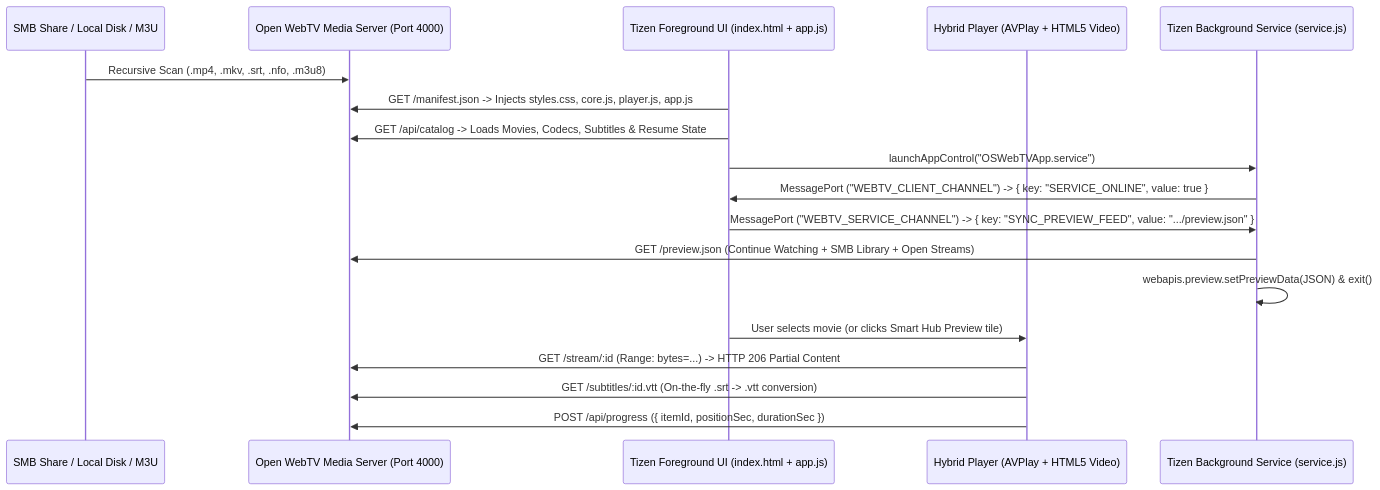
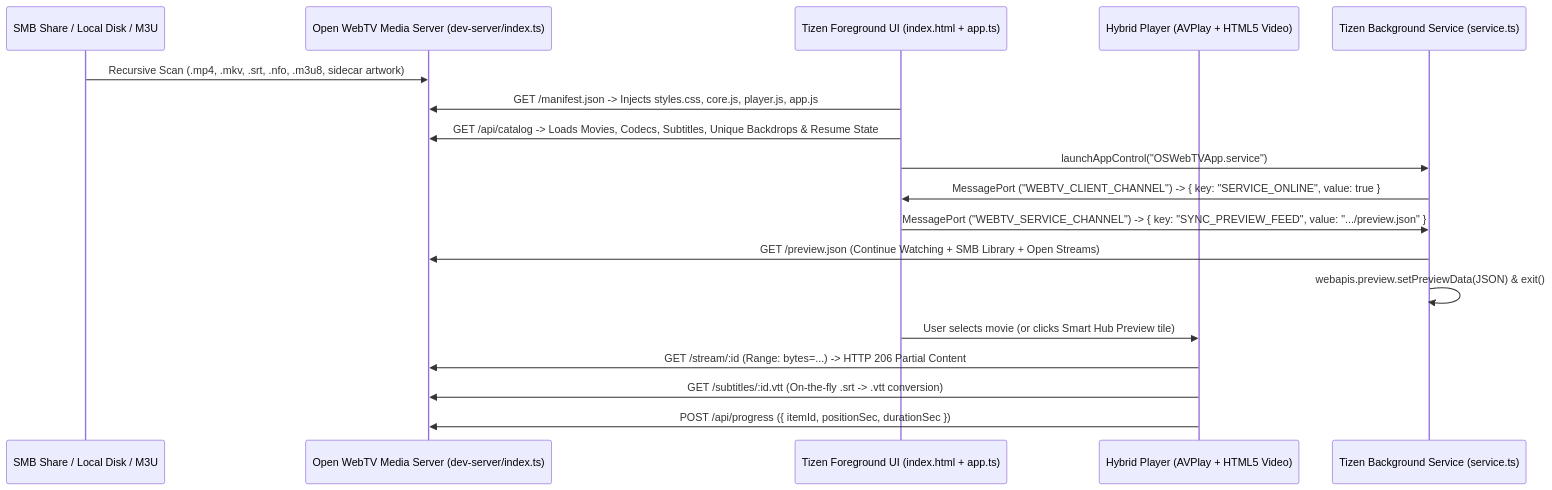
Before and after one commit to rbaindourov/open-tizen-webtv: the diagram in docs/ARCHITECTURE.md, drawn with Mermaid. The commit also changed other lines of this file and 40 other files, not shown here.

````diff
--- a/docs/ARCHITECTURE.md
+++ b/docs/ARCHITECTURE.md
@@ -5,21 +5,21 @@
 ```mermaid
 sequenceDiagram
     participant NAS as SMB Share / Local Disk / M3U
-    participant Server as Open WebTV Media Server (Port 4000)
-    participant App as Tizen Foreground UI (index.html + app.js)
+    participant Server as Open WebTV Media Server (dev-server/index.ts)
+    participant App as Tizen Foreground UI (index.html + app.ts)
     participant Player as Hybrid Player (AVPlay + HTML5 Video)
-    participant BG as Tizen Background Service (service.js)
+    participant BG as Tizen Background Service (service.ts)
 
-    NAS->>Server: Recursive Scan (.mp4, .mkv, .srt, .nfo, .m3u8)
+    NAS->>Server: Recursive Scan (.mp4, .mkv, .srt, .nfo, .m3u8, sidecar artwork)
     App->>Server: GET /manifest.json -> Injects styles.css, core.js, player.js, app.js
-    App->>Server: GET /api/catalog -> Loads Movies, Codecs, Subtitles & Resume State
+    App->>Server: GET /api/catalog -> Loads Movies, Codecs, Subtitles, Unique Backdrops & Resume State
     App->>BG: launchAppControl("OSWebTVApp.service")
     BG->>App: MessagePort ("WEBTV_CLIENT_CHANNEL") -> { key: "SERVICE_ONLINE", value: true }
     App->>BG: MessagePort ("WEBTV_SERVICE_CHANNEL") -> { key: "SYNC_PREVIEW_FEED", value: ".../preview.json" }
     BG->>Server: GET /preview.json (Continue Watching + SMB Library + Open Streams)
     BG->>BG: webapis.preview.setPreviewData(JSON) & exit()
     App->>Player: User selects movie (or clicks Smart Hub Preview tile)
     Player->>Server: GET /stream/:id (Range: bytes=...) -> HTTP 206 Partial Content
     Player->>Server: GET /subtitles/:id.vtt (On-the-fly .srt -> .vtt conversion)
     Player->>Server: POST /api/progress ({ itemId, positionSec, durationSec })
 ```
````
